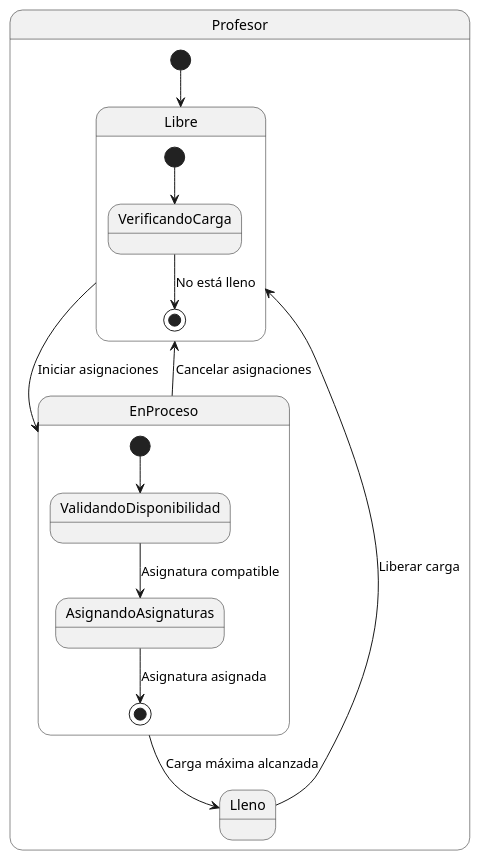
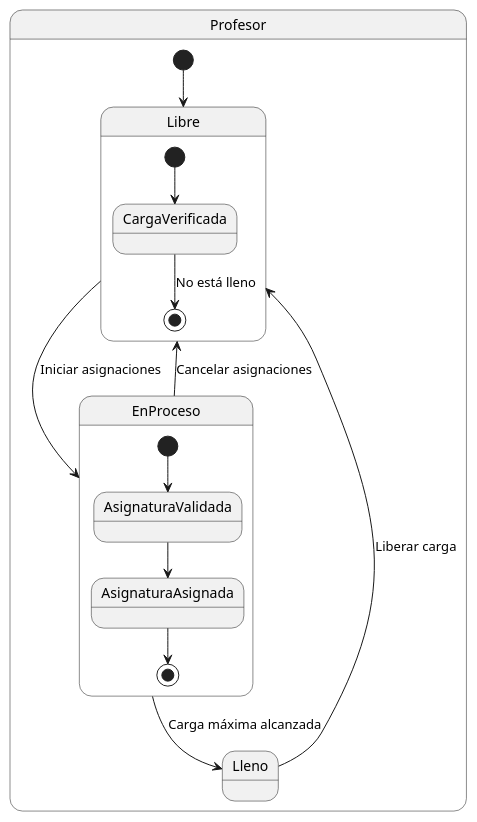
The diagram in modelosUML/MdD/DiagramaEstadosProfesor.puml (mmasias/24-25-IdSw1-SDR), drawn with PlantUML before and after one commit. The commit also changed 3 other files, not shown here.

Commit message:
Actualizar diagramas de estados de Profesor y Asignatura con nuevos nombres de estados

```diff
--- a/modelosUML/MdD/DiagramaEstadosProfesor.puml
+++ b/modelosUML/MdD/DiagramaEstadosProfesor.puml
@@ -1,21 +1,21 @@
 @startuml
 state Profesor {
     [*] --> Libre
 
     state Libre {
-        [*] --> VerificandoCarga
-        VerificandoCarga --> [*]: No está lleno
+        [*] --> CargaVerificada
+        CargaVerificada --> [*]: No está lleno
     }
 
     state EnProceso {
-        [*] --> ValidandoDisponibilidad
-        ValidandoDisponibilidad --> AsignandoAsignaturas: Asignatura compatible
-        AsignandoAsignaturas --> [*]: Asignatura asignada
+        [*] --> AsignaturaValidada
+        AsignaturaValidada --> AsignaturaAsignada
+        AsignaturaAsignada --> [*]
     }
 
     Libre --> EnProceso: Iniciar asignaciones
     EnProceso --> Lleno: Carga máxima alcanzada
     Lleno --> Libre: Liberar carga
     EnProceso --> Libre: Cancelar asignaciones
 }
 @enduml
```
